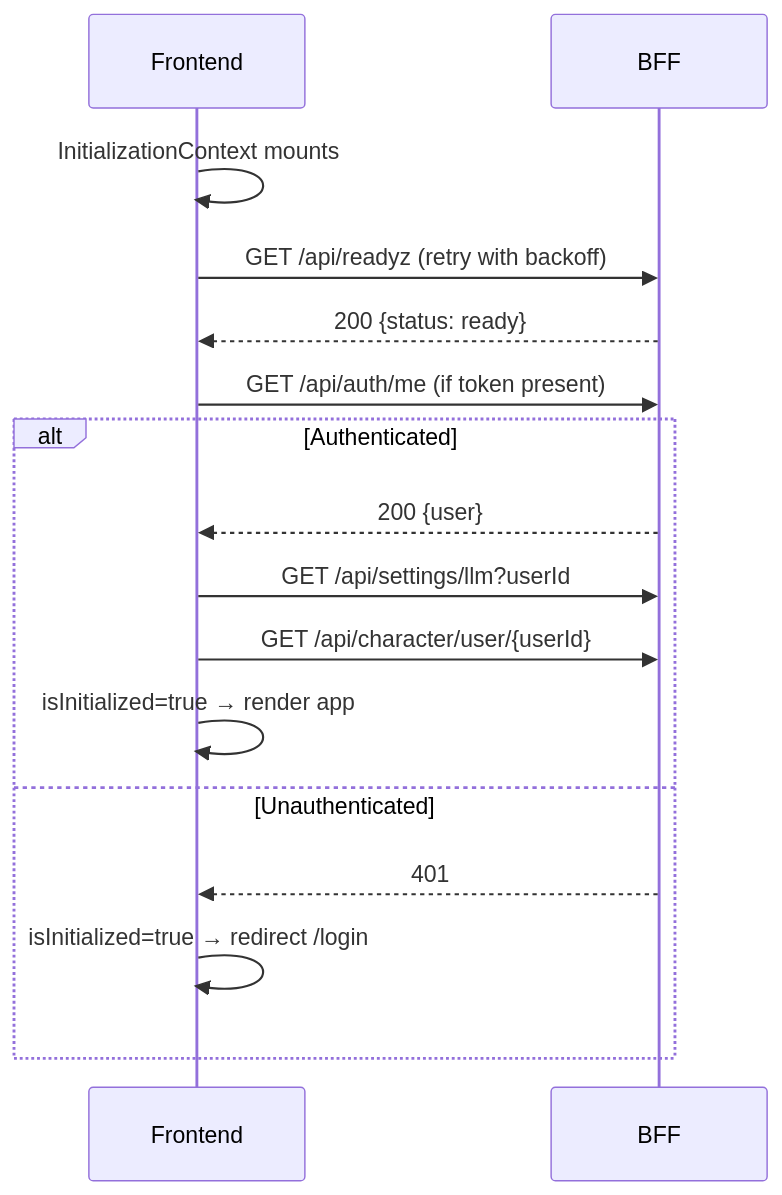
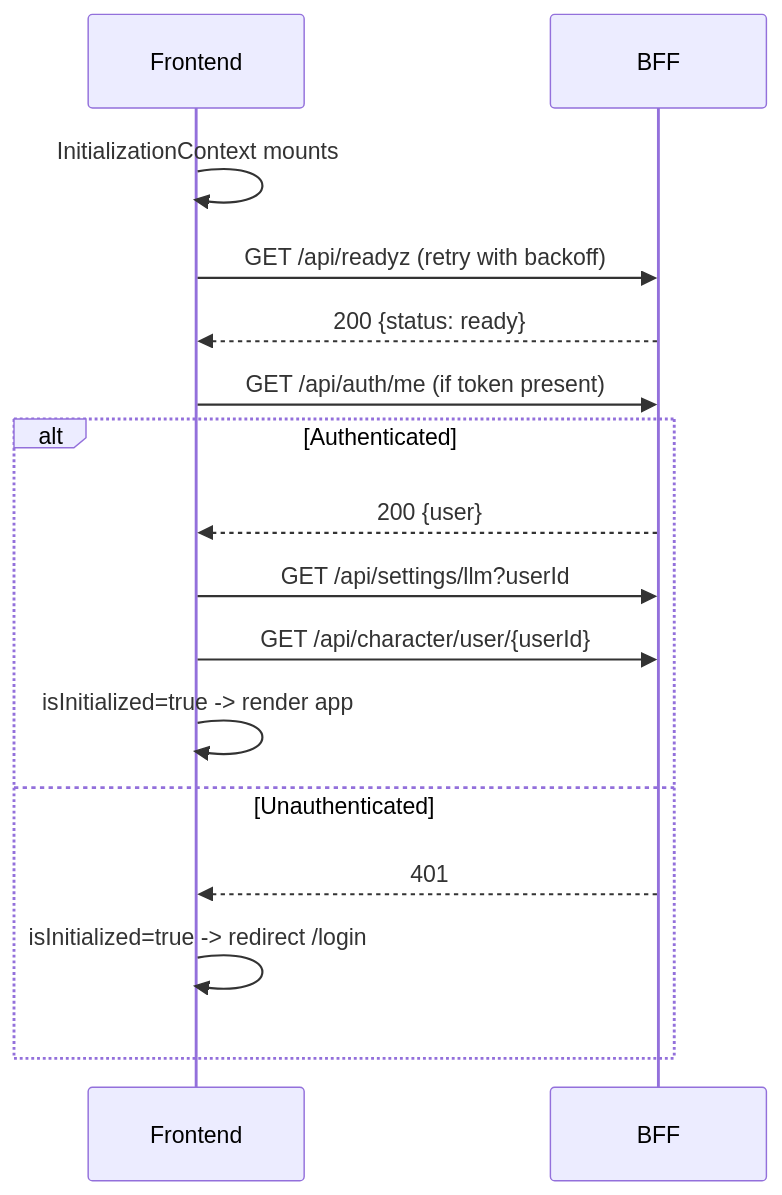
Before and after one commit to SweetingTech/SwAIvyn: the fifth of 11 diagrams in docs/architecture-and-dataflow.md, drawn with Mermaid. The commit also changed other lines of this file and 31 other files, not shown here.

````diff
--- a/docs/architecture-and-dataflow.md
+++ b/docs/architecture-and-dataflow.md
@@ -138,19 +138,19 @@
 ```mermaid
 sequenceDiagram
   participant FE as Frontend
   participant B as BFF
 
   FE->>FE: InitializationContext mounts
   FE->>B: GET /api/readyz (retry with backoff)
   B-->>FE: 200 {status: ready}
   FE->>B: GET /api/auth/me (if token present)
   alt Authenticated
     B-->>FE: 200 {user}
     FE->>B: GET /api/settings/llm?userId
     FE->>B: GET /api/character/user/{userId}
-    FE->>FE: isInitialized=true → render app
+    FE->>FE: isInitialized=true -> render app
   else Unauthenticated
     B-->>FE: 401
-    FE->>FE: isInitialized=true → redirect /login
+    FE->>FE: isInitialized=true -> redirect /login
   end
 ```
````
